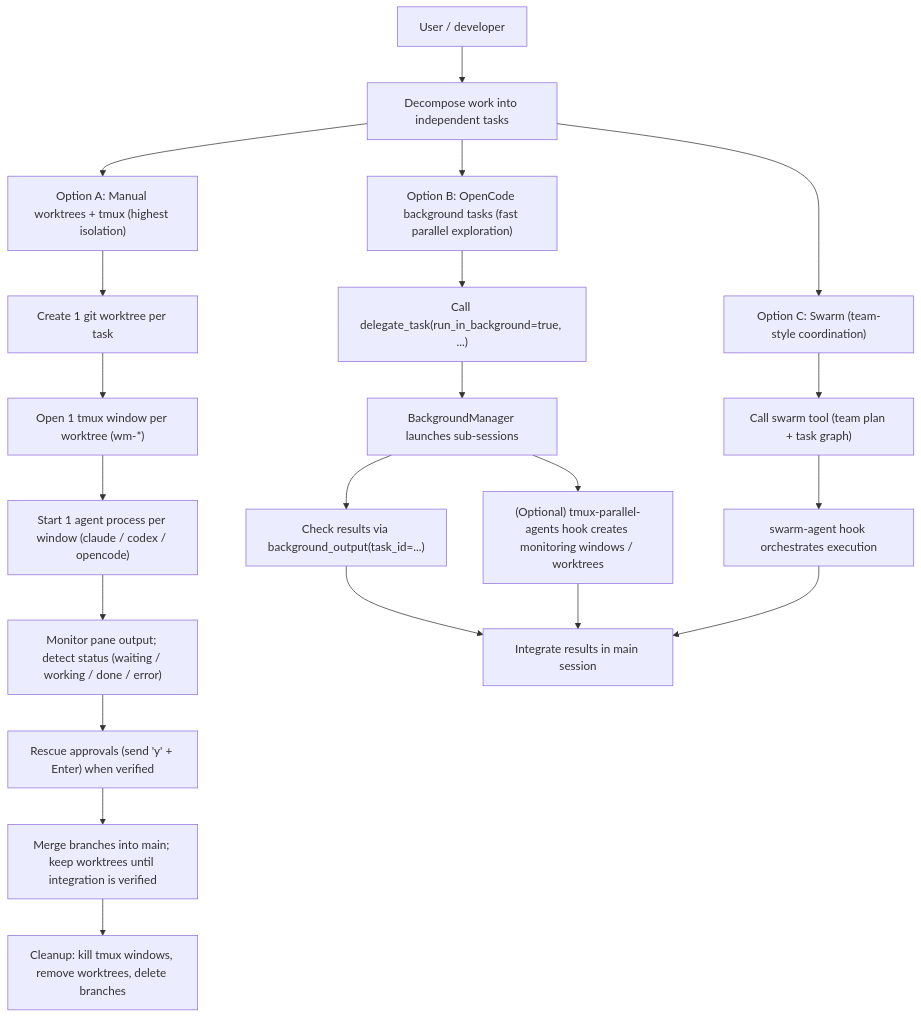
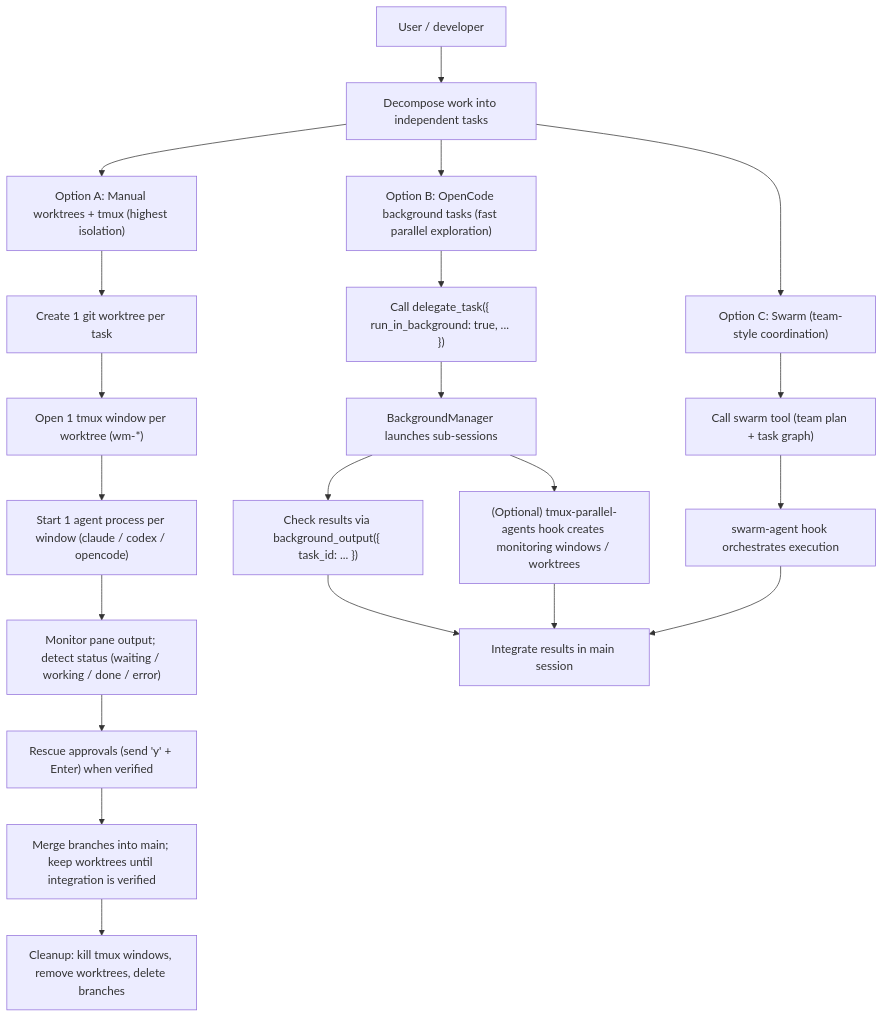
One commit to arcthur/oh-my-opencode changed the diagram in docs/journeys/parallel-agents.md. Above: the diagram before and after it, drawn with Mermaid. The commit also changed 49 other files, not shown here.

````diff
--- a/docs/journeys/parallel-agents.md
+++ b/docs/journeys/parallel-agents.md
@@ -10,27 +10,27 @@
 ```mermaid
 flowchart TD
   U["User / developer"] --> D["Decompose work into independent tasks"]
 
   D --> A["Option A: Manual worktrees + tmux (highest isolation)"]
   D --> B["Option B: OpenCode background tasks (fast parallel exploration)"]
   D --> C["Option C: Swarm (team-style coordination)"]
 
   A --> A1["Create 1 git worktree per task"]
   A1 --> A2["Open 1 tmux window per worktree (wm-*)"]
   A2 --> A3["Start 1 agent process per window (claude / codex / opencode)"]
   A3 --> A4["Monitor pane output; detect status (waiting / working / done / error)"]
   A4 --> A5["Rescue approvals (send 'y' + Enter) when verified"]
   A5 --> A6["Merge branches into main; keep worktrees until integration is verified"]
   A6 --> A7["Cleanup: kill tmux windows, remove worktrees, delete branches"]
 
-  B --> B1["Call delegate_task(run_in_background=true, ...)"]
+  B --> B1["Call delegate_task({ run_in_background: true, ... })"]
   B1 --> B2["BackgroundManager launches sub-sessions"]
-  B2 --> B3["Check results via background_output(task_id=...)"]
+  B2 --> B3["Check results via background_output({ task_id: ... })"]
   B2 --> BT["(Optional) tmux-parallel-agents hook creates monitoring windows / worktrees"]
   B3 --> I["Integrate results in main session"]
   BT --> I
 
   C --> C1["Call swarm tool (team plan + task graph)"]
   C1 --> C2["swarm-agent hook orchestrates execution"]
   C2 --> I
 ```
````
